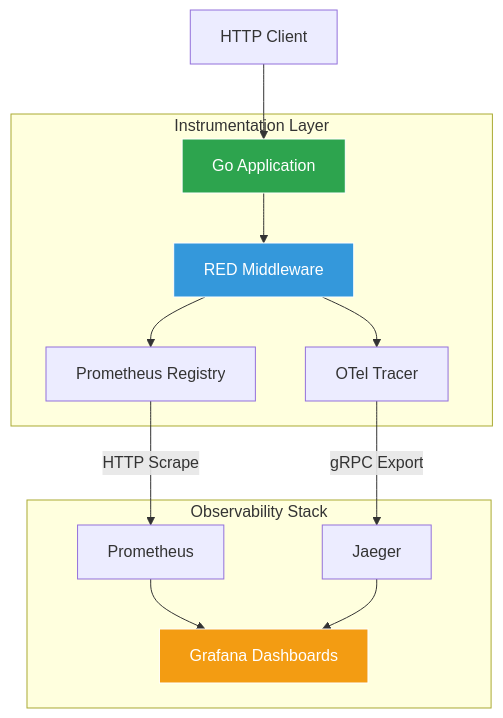
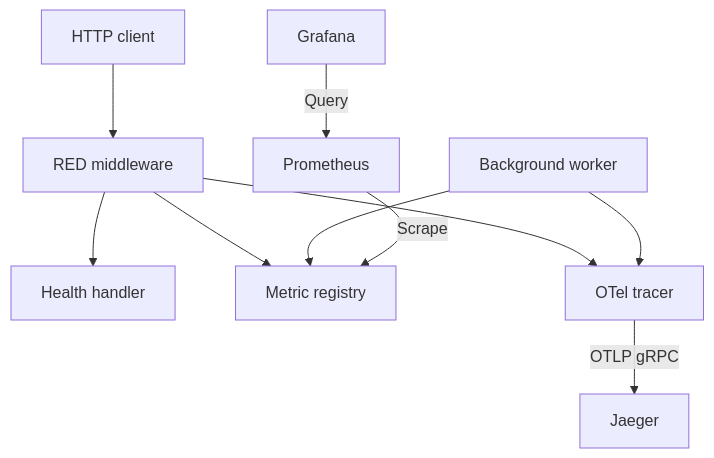
Before and after one commit to enoquesousa/goobservabilitystack: the diagram in README.md, drawn with Mermaid. The commit also changed other lines of this file and 20 other files, not shown here.

````diff
--- a/README.md
+++ b/README.md
@@ -119,21 +148,12 @@
 ```mermaid
-graph TD
-    Client[HTTP Client] --> App[Go Application]
-    
-    subgraph "Instrumentation Layer"
-        App --> RED[RED Middleware]
-        RED --> Prom[Prometheus Registry]
-        RED --> OTel[OTel Tracer]
-    end
-    
-    subgraph "Observability Stack"
-        Prom -- HTTP Scrape --> PBackend[Prometheus]
-        OTel -- gRPC Export --> JBackend[Jaeger]
-        PBackend --> Grafana[Grafana Dashboards]
-        JBackend --> Grafana
-    end
-    
-    style App fill:#2da44e,stroke:#fff,stroke-width:1px,color:#fff
-    style Grafana fill:#f39c12,stroke:#fff,stroke-width:1px,color:#fff
-    style RED fill:#3498db,stroke:#fff,stroke-width:1px,color:#fff
+flowchart TD
+    Client[HTTP client] --> RED[RED middleware]
+    RED --> Health[Health handler]
+    RED --> Registry[Metric registry]
+    RED --> Tracer[OTel tracer]
+    Worker[Background worker] --> Registry
+    Worker --> Tracer
+    Prometheus[Prometheus] -->|Scrape| Registry
+    Grafana[Grafana] -->|Query| Prometheus
+    Tracer -->|OTLP gRPC| Jaeger[Jaeger]
 ```
````
